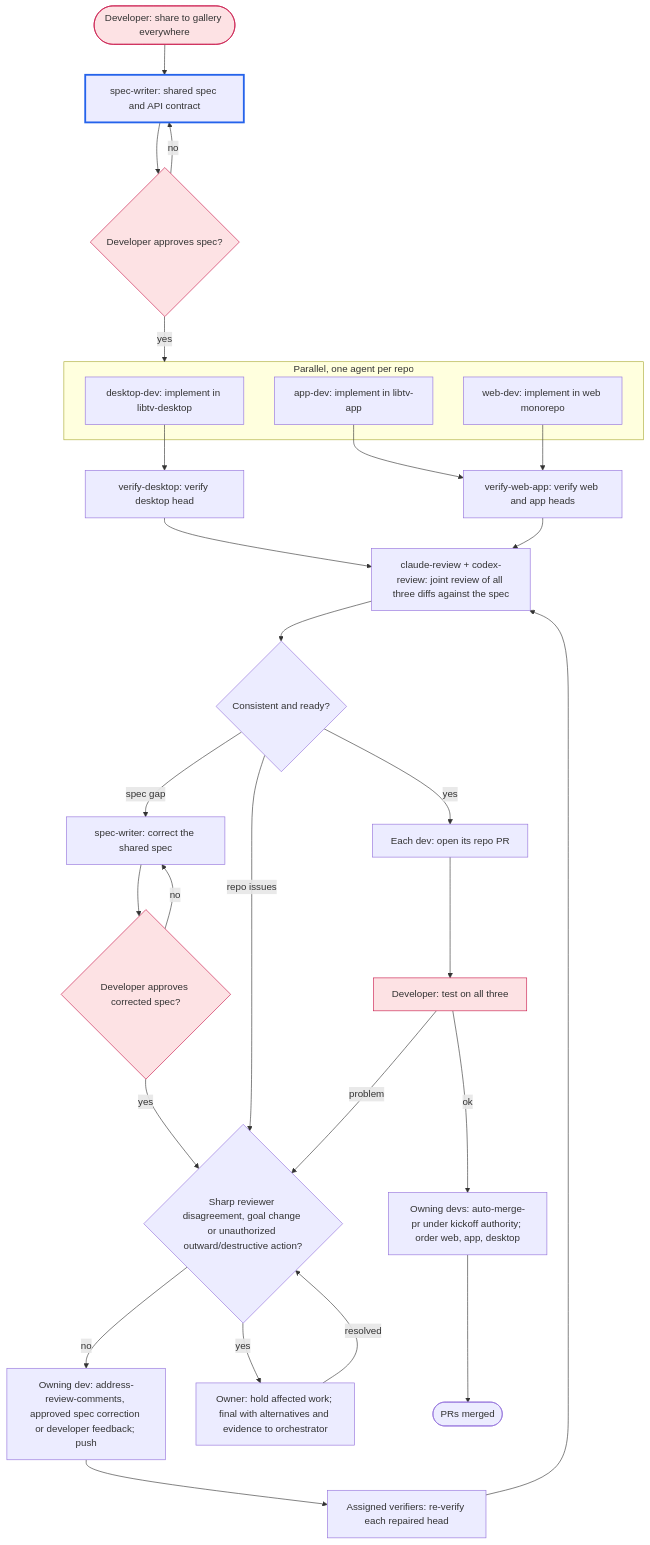
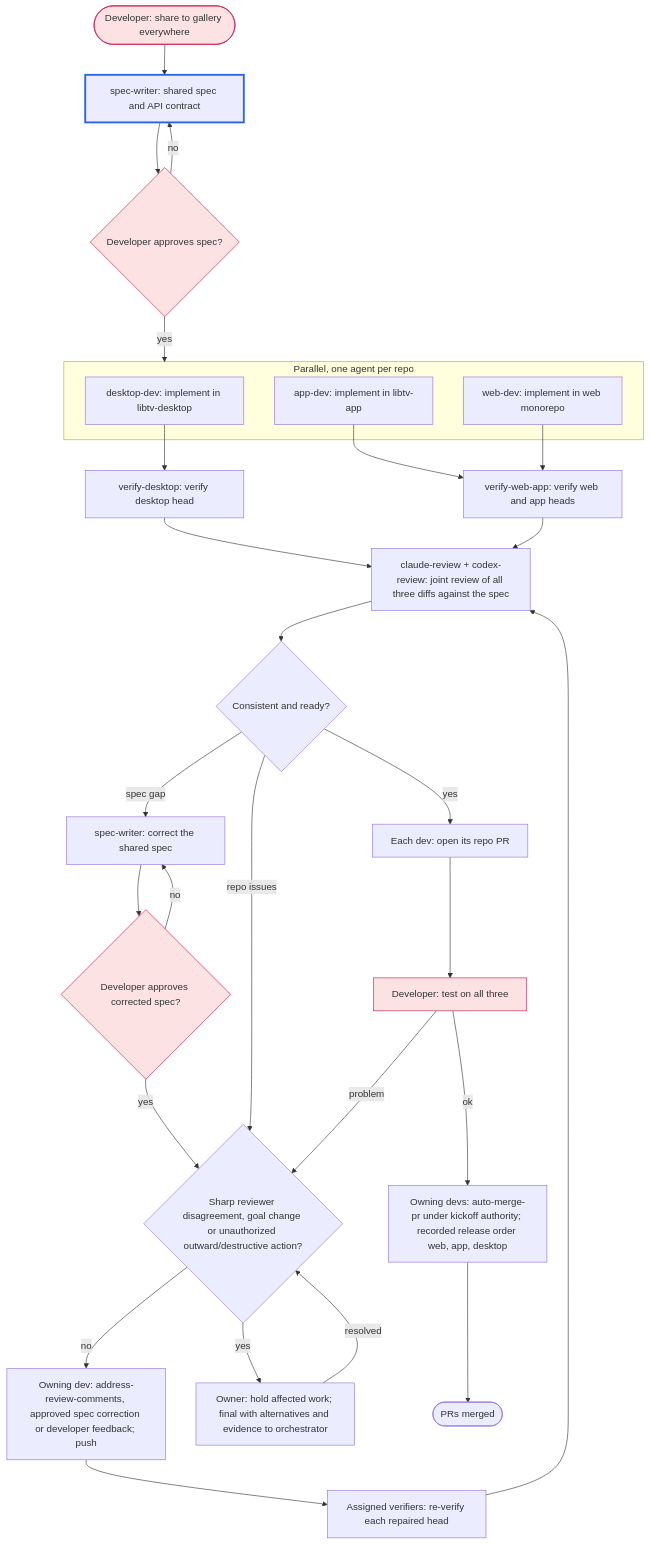
One commit to asura1234/bus changed the diagram in workflows/cross-repo-feature.md. Above: the diagram before and after it, drawn with Mermaid. The commit also changed other lines of this file and 3 other files, not shown here.

````diff
--- a/workflows/cross-repo-feature.md
+++ b/workflows/cross-repo-feature.md
@@ -22,39 +22,39 @@
 ```mermaid
 flowchart TD
     start([Developer: share to gallery everywhere]):::developer --> spec
     spec[spec-writer: shared spec and API contract] --> agree{Developer approves spec?}:::developer
     agree -- no --> spec
     agree -- yes --> build
 
     subgraph build [Parallel, one agent per repo]
         desktop[desktop-dev: implement in libtv-desktop]
         app[app-dev: implement in libtv-app]
         web[web-dev: implement in web monorepo]
     end
 
     desktop --> verifydesktop[verify-desktop: verify desktop head]
     app --> verifywebapp[verify-web-app: verify web and app heads]
     web --> verifywebapp
     verifydesktop --> joint[claude-review + codex-review: joint review of all three diffs against the spec]
     verifywebapp --> joint
     joint --> consistent{Consistent and ready?}
     consistent -- spec gap --> revisespec[spec-writer: correct the shared spec]
     revisespec --> reapprove{Developer approves corrected spec?}:::developer
     reapprove -- no --> revisespec
     reapprove -- yes --> decision
     consistent -- repo issues --> decision{"Sharp reviewer disagreement, goal change or unauthorized outward/destructive action?"}
     decision -- no --> fixes[Owning dev: address-review-comments, approved spec correction or developer feedback; push]
     fixes --> reverify[Assigned verifiers: re-verify each repaired head]
     reverify --> joint
     decision -- yes --> hold[Owner: hold affected work; final with alternatives and evidence to orchestrator]
     hold -- resolved --> decision
     consistent -- yes --> prs[Each dev: open its repo PR]
     prs --> test[Developer: test on all three]:::developer
     test -- problem --> decision
-    test -- ok --> merge[Owning devs: auto-merge-pr under kickoff authority; order web, app, desktop]
+    test -- ok --> merge[Owning devs: auto-merge-pr under kickoff authority; recorded release order web, app, desktop]
     merge --> merged([PRs merged])
 
     classDef developer fill:#fde2e4,stroke:#c9184a
     classDef current stroke-width:3px,stroke:#2563eb
     class spec current
 ```
````
